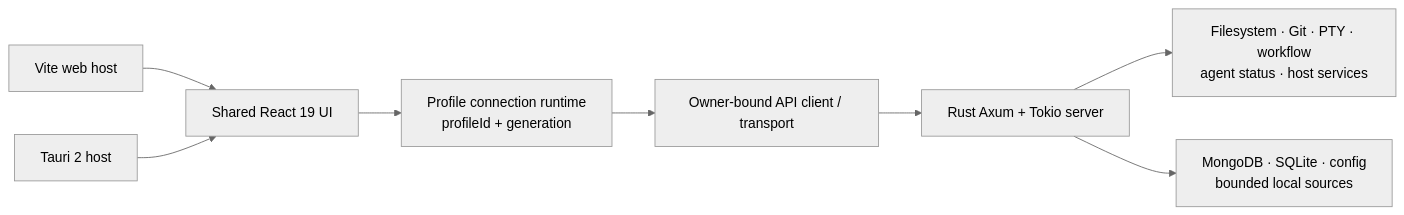
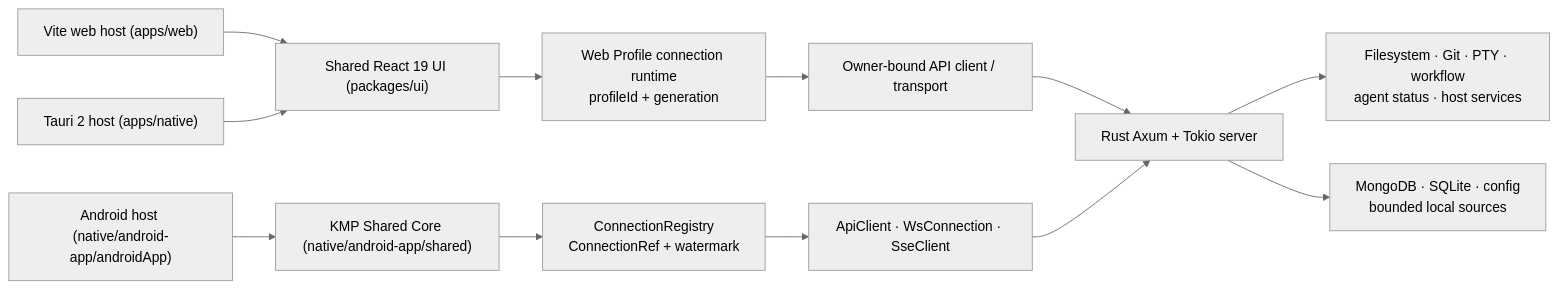
Before and after one commit to loidinhm31/dam-hopper: the diagram in docs/system-architecture.md, drawn with Mermaid (neutral theme). The commit also changed other lines of this file and 726 other files, not shown here.

First line of the commit message:
feat(android): add Kotlin Multiplatform Android native client with release signing workflow (#73)

````diff
--- a/docs/system-architecture.md
+++ b/docs/system-architecture.md
@@ -9,10 +9,14 @@
 ```mermaid
 flowchart LR
-  Web["Vite web host"] --> UI["Shared React 19 UI"]
-  Native["Tauri 2 host"] --> UI
-  UI --> Profiles["Profile connection runtime<br/>profileId + generation"]
+  Web["Vite web host (apps/web)"] --> UI["Shared React 19 UI (packages/ui)"]
+  Native["Tauri 2 host (apps/native)"] --> UI
+  Android["Android host (native/android-app/androidApp)"] --> KMP["KMP Shared Core (native/android-app/shared)"]
+  UI --> Profiles["Web Profile connection runtime<br/>profileId + generation"]
+  KMP --> Reg["ConnectionRegistry<br/>ConnectionRef + watermark"]
   Profiles --> Client["Owner-bound API client / transport"]
+  Reg --> ClientNative["ApiClient · WsConnection · SseClient"]
   Client --> Server["Rust Axum + Tokio server"]
+  ClientNative --> Server
   Server --> Domains["Filesystem · Git · PTY · workflow<br/>agent status · host services"]
   Server --> Store["MongoDB · SQLite · config<br/>bounded local sources"]
 ```
````
